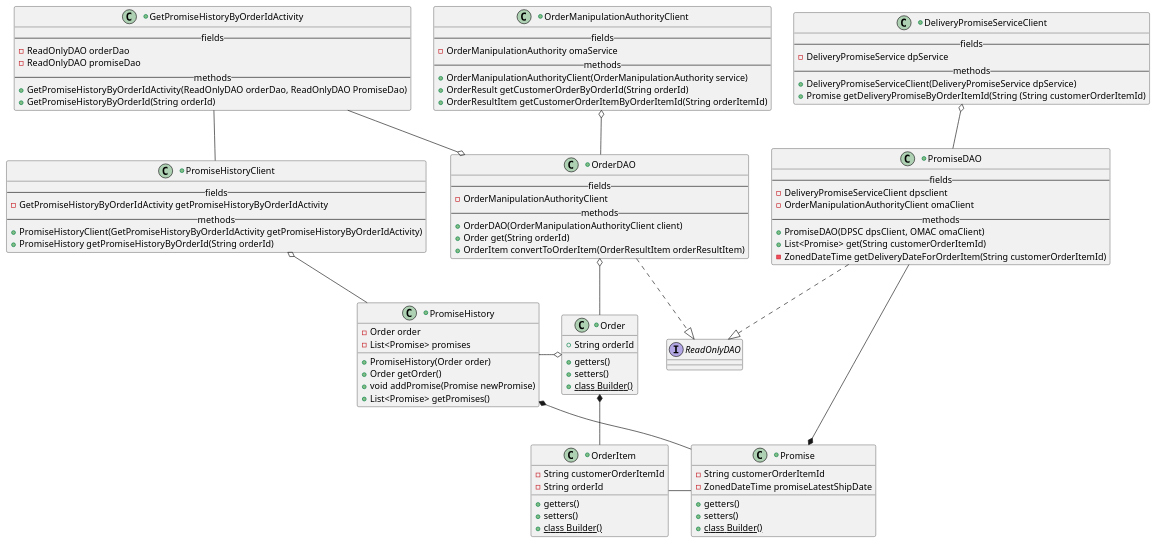
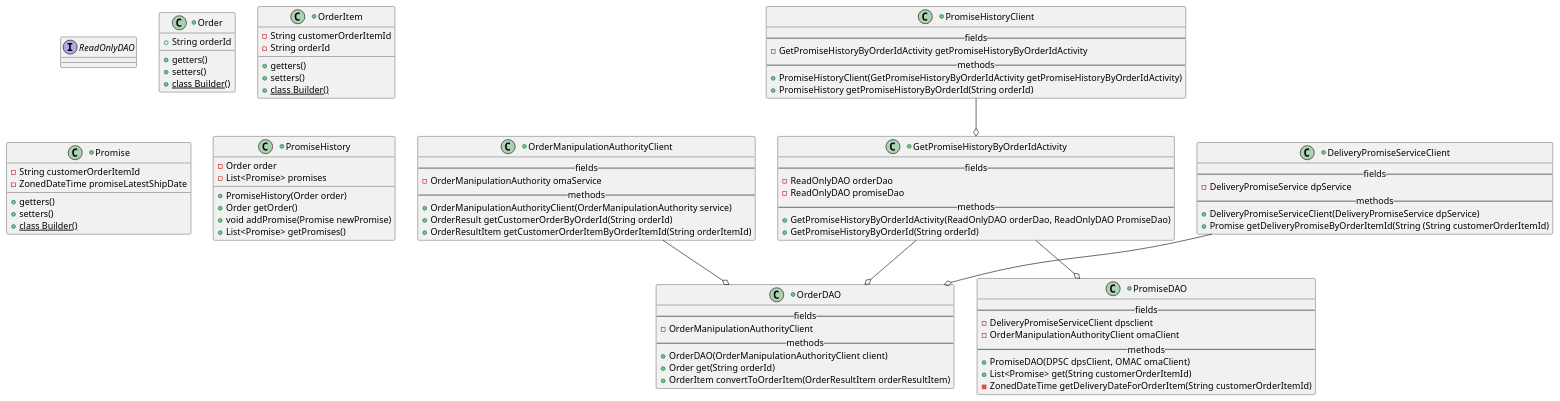
Before and after one commit to everythinginmoderation2/bd-intermediate-java-project: the diagram in src/resources/deliveringonourpromise_CD.puml, drawn with PlantUML. The commit also changed 18 other files, not shown here.

Commit message:
TEST RELOCATED and PASSED: get_nullOrderFromOrderId removed from OrderDaoTest. Added getPromiseHistoryByOrderId_nullOrderFromOrderId_throwsNullPointerException to GetPromiseHistoryByOrderIdActivityTest.

```diff
--- a/src/resources/deliveringonourpromise_CD.puml
+++ b/src/resources/deliveringonourpromise_CD.puml
@@ -1,112 +1,103 @@
 @startuml
 'https://plantuml.com/class-diagram'
 
 interface ReadOnlyDAO
 
 +class Order {
     +String orderId
     +getters()
     +setters()
     +{static} class Builder()
 }
 
 +class OrderItem {
     -String customerOrderItemId
     -String orderId
     +getters()
     +setters()
     +{static} class Builder()
 }
 
 +class Promise {
     -String customerOrderItemId
     -ZonedDateTime promiseLatestShipDate
     +getters()
     +setters()
     +{static} class Builder()
 }
 
 +class PromiseHistory {
     -Order order
     -List<Promise> promises
     +PromiseHistory(Order order)
     +Order getOrder()
     +void addPromise(Promise newPromise)
     +List<Promise> getPromises()
 }
 
 +class PromiseHistoryClient {
     --fields--
     -GetPromiseHistoryByOrderIdActivity getPromiseHistoryByOrderIdActivity
     --methods--
     +PromiseHistoryClient(GetPromiseHistoryByOrderIdActivity getPromiseHistoryByOrderIdActivity)
     +PromiseHistory getPromiseHistoryByOrderId(String orderId)
 }
 
 +class GetPromiseHistoryByOrderIdActivity {
     --fields--
     -ReadOnlyDAO orderDao
     -ReadOnlyDAO promiseDao
     --methods--
     +GetPromiseHistoryByOrderIdActivity(ReadOnlyDAO orderDao, ReadOnlyDAO PromiseDao)
     +GetPromiseHistoryByOrderId(String orderId)
 }
 
 +class OrderDAO {
     --fields--
     -OrderManipulationAuthorityClient
     --methods--
     +OrderDAO(OrderManipulationAuthorityClient client)
     +Order get(String orderId)
     +OrderItem convertToOrderItem(OrderResultItem orderResultItem)
 }
 
 +class PromiseDAO {
     --fields--
     -DeliveryPromiseServiceClient dpsclient
     -OrderManipulationAuthorityClient omaClient
     --methods--
     +PromiseDAO(DPSC dpsClient, OMAC omaClient)
     +List<Promise> get(String customerOrderItemId)
     -ZonedDateTime getDeliveryDateForOrderItem(String customerOrderItemId)
 }
 
 +class OrderManipulationAuthorityClient {
     --fields--
     -OrderManipulationAuthority omaService
     --methods--
     +OrderManipulationAuthorityClient(OrderManipulationAuthority service)
     +OrderResult getCustomerOrderByOrderId(String orderId)
     +OrderResultItem getCustomerOrderItemByOrderItemId(String orderItemId)
 }
 
 +class DeliveryPromiseServiceClient {
     --fields--
     -DeliveryPromiseService dpService
     --methods--
     +DeliveryPromiseServiceClient(DeliveryPromiseService dpService)
     +Promise getDeliveryPromiseByOrderItemId(String (String customerOrderItemId)
 }
 
-Order *-- OrderItem
-PromiseHistory -o Order
-PromiseHistory *-- Promise
-OrderItem - Promise
-
-OrderDAO o-- Order
-
-OrderDAO ..|> ReadOnlyDAO
-PromiseDAO ..|> ReadOnlyDAO
-
-PromiseDAO --* Promise
-
-DeliveryPromiseServiceClient o-- PromiseDAO
 
 
-GetPromiseHistoryByOrderIdActivity -- PromiseHistoryClient
-PromiseHistoryClient o-- PromiseHistory
 
+
+
+
+PromiseHistoryClient --o GetPromiseHistoryByOrderIdActivity
+DeliveryPromiseServiceClient --o OrderDAO
+GetPromiseHistoryByOrderIdActivity --o PromiseDAO
 GetPromiseHistoryByOrderIdActivity --o OrderDAO
-OrderManipulationAuthorityClient o-- OrderDAO
+OrderManipulationAuthorityClient --o OrderDAO
 
 @enduml
```
